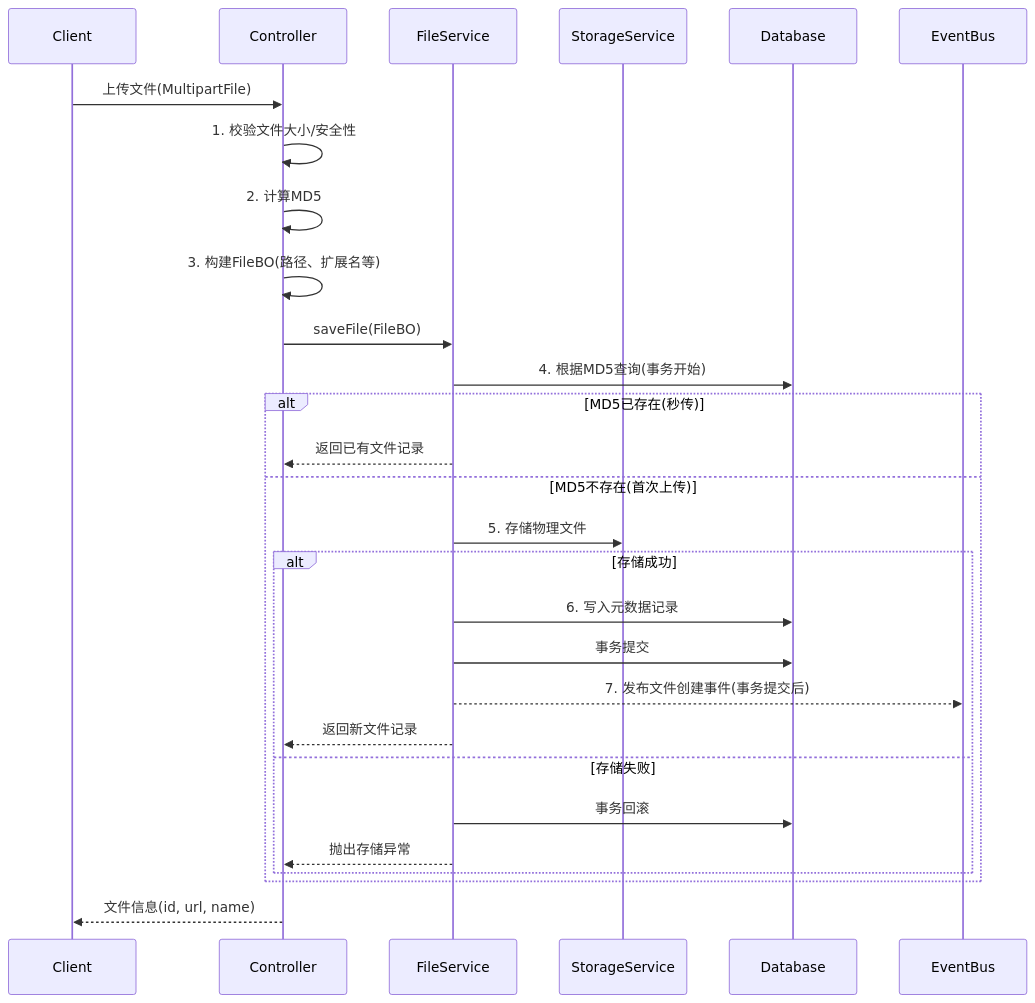
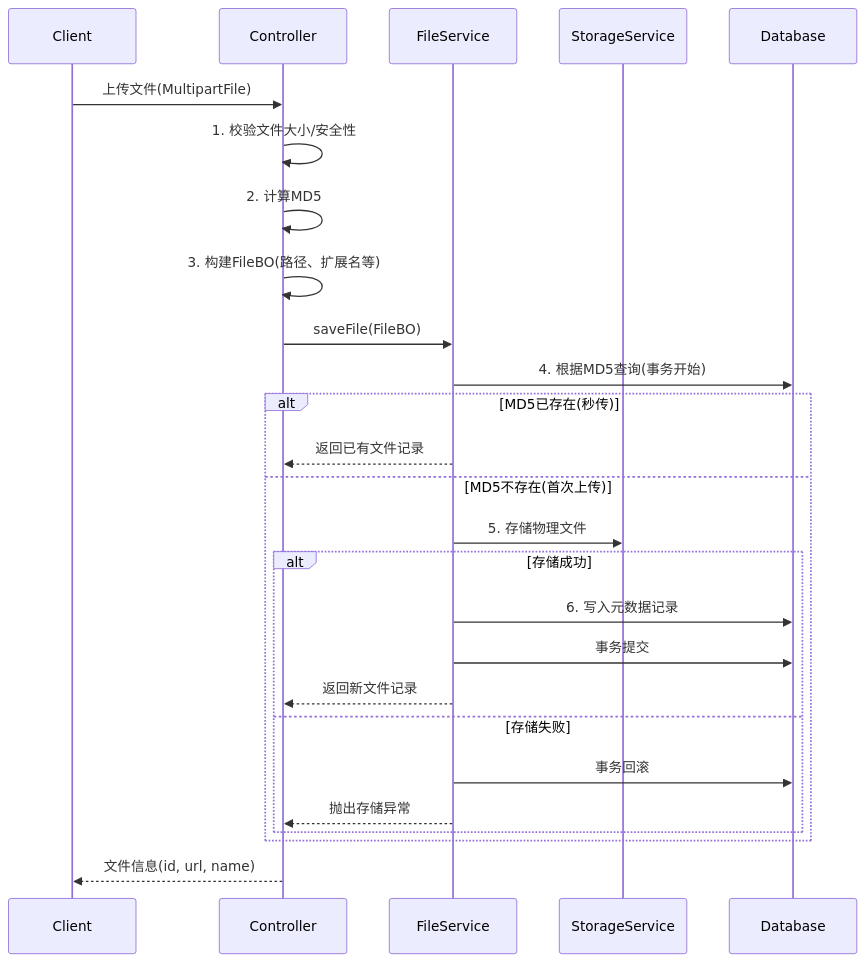
Before and after one commit to earthy-zinc/dehaze-system: the second of 4 diagrams in dehaze-doc/docs/03-模块设计/基础模块/文件管理/后端实现.md, drawn with Mermaid. The commit also changed other lines of this file and 61 other files, not shown here.

````diff
--- a/dehaze-doc/docs/03-模块设计/基础模块/文件管理/后端实现.md
+++ b/dehaze-doc/docs/03-模块设计/基础模块/文件管理/后端实现.md
@@ -125,32 +116,30 @@
 ```mermaid
 sequenceDiagram
     participant Client
     participant Controller
     participant Service as FileService
     participant Storage as StorageService
     participant DB as Database
-    participant Event as EventBus
 
     Client->>Controller: 上传文件(MultipartFile)
     Controller->>Controller: 1. 校验文件大小/安全性
     Controller->>Controller: 2. 计算MD5
     Controller->>Controller: 3. 构建FileBO(路径、扩展名等)
     Controller->>Service: saveFile(FileBO)
 
     Service->>DB: 4. 根据MD5查询(事务开始)
     alt MD5已存在(秒传)
         Service-->>Controller: 返回已有文件记录
     else MD5不存在(首次上传)
         Service->>Storage: 5. 存储物理文件
         alt 存储成功
             Service->>DB: 6. 写入元数据记录
             Service->>DB: 事务提交
-            Service-->>Event: 7. 发布文件创建事件(事务提交后)
             Service-->>Controller: 返回新文件记录
         else 存储失败
             Service->>DB: 事务回滚
             Service-->>Controller: 抛出存储异常
         end
     end
     Controller-->>Client: 文件信息(id, url, name)
 ```
````
